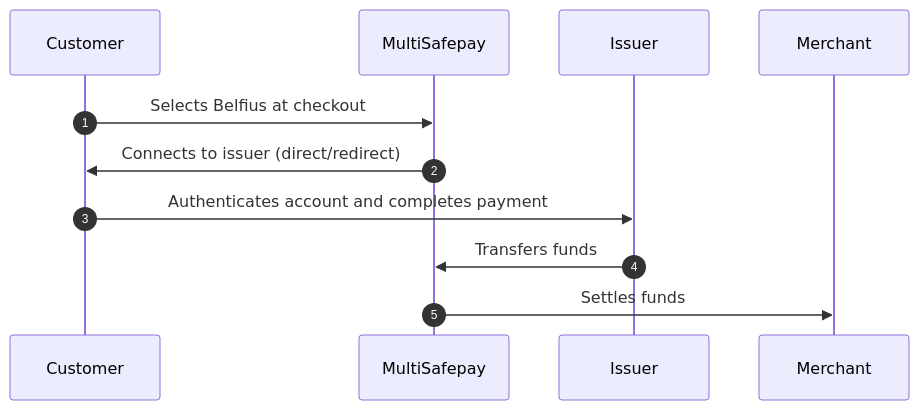
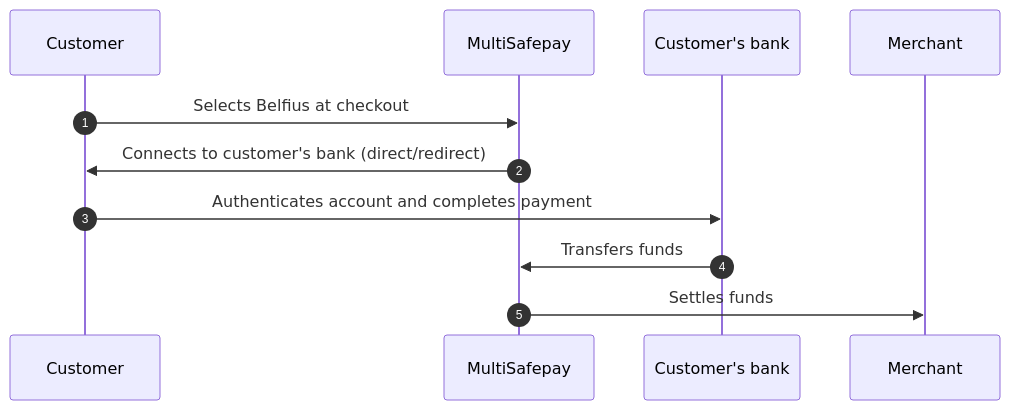
One commit to MultiSafepay/docs changed the diagram in content/payments/methods/banks/belfius/payment-flow.md. Above: the diagram before and after it, drawn with Mermaid. The commit also changed other lines of this file and 16 other files, not shown here.

```diff
--- a/content/payments/methods/banks/belfius/payment-flow.md
+++ b/content/payments/methods/banks/belfius/payment-flow.md
@@ -16,16 +16,16 @@
 {{< mermaid class="text-center" >}}
 
 sequenceDiagram
     autonumber
     participant C as Customer
     participant Mu as MultiSafepay
-    participant I as Issuer
+    participant CB as Customer's bank
     participant Me as Merchant
 
     C->>Mu: Selects Belfius at checkout
-    Mu->>C: Connects to issuer (direct/redirect)
-    C->>I: Authenticates account and completes payment
-    I->>Mu: Transfers funds 
+    Mu->>C: Connects to customer's bank (direct/redirect)
+    C->>CB: Authenticates account and completes payment
+    CB->>Mu: Transfers funds 
     Mu->>Me: Settles funds
 
 {{< /mermaid >}}
```
